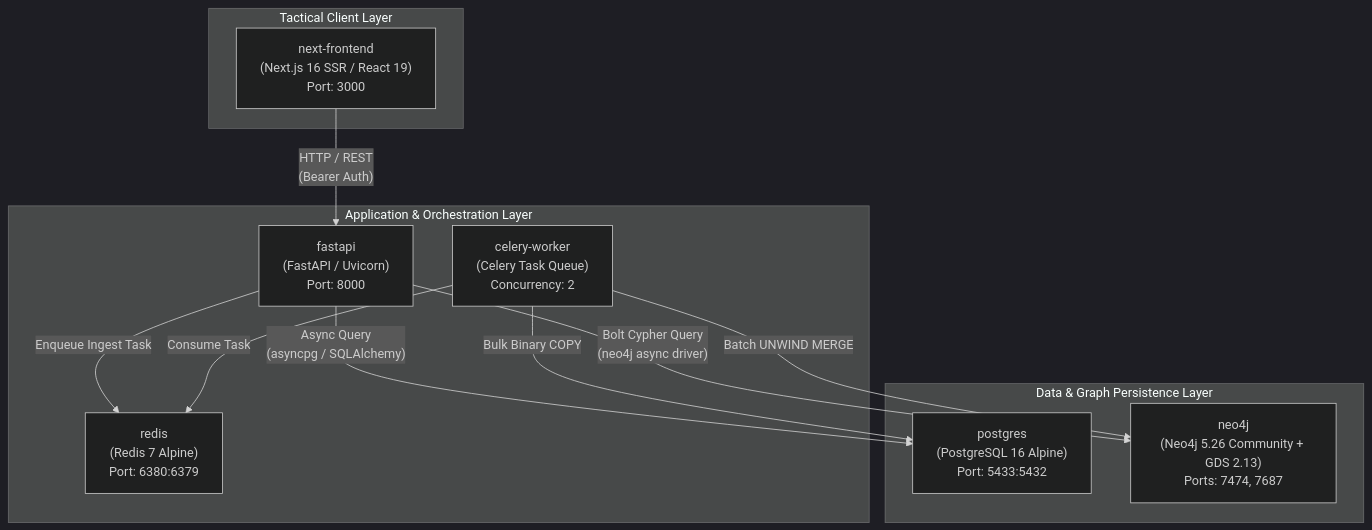
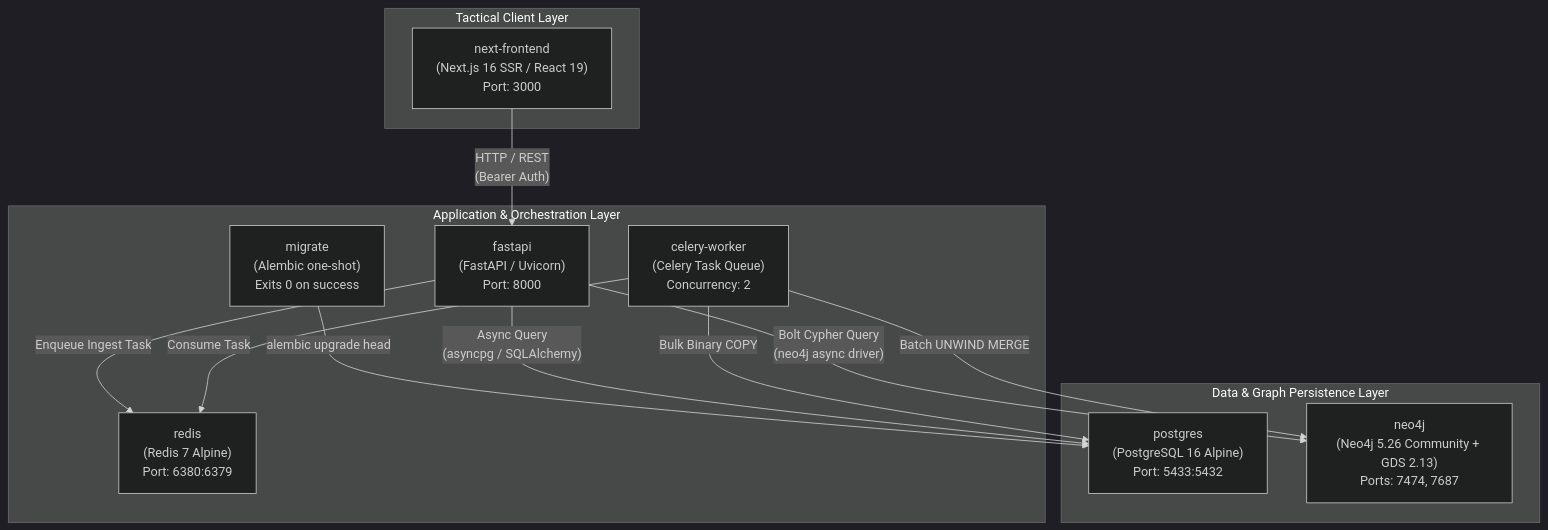
Before and after one commit to kaiizer777/SIH26146: the second of 3 diagrams in docs/26146.md, drawn with Mermaid (dark theme). The commit also changed other lines of this file and 32 other files, not shown here.

````diff
--- a/docs/26146.md
+++ b/docs/26146.md
@@ -132,25 +143,27 @@
 ```mermaid
 graph TD
     subgraph "Tactical Client Layer"
         UI["next-frontend\n(Next.js 16 SSR / React 19)\nPort: 3000"]
     end
 
     subgraph "Application & Orchestration Layer"
         API["fastapi\n(FastAPI / Uvicorn)\nPort: 8000"]
         CW["celery-worker\n(Celery Task Queue)\nConcurrency: 2"]
+        MIG["migrate\n(Alembic one-shot)\nExits 0 on success"]
         RD["redis\n(Redis 7 Alpine)\nPort: 6380:6379"]
     end
 
     subgraph "Data & Graph Persistence Layer"
         PG["postgres\n(PostgreSQL 16 Alpine)\nPort: 5433:5432"]
         N4J["neo4j\n(Neo4j 5.26 Community + GDS 2.13)\nPorts: 7474, 7687"]
     end
 
     UI -->|"HTTP / REST\n(Bearer Auth)"| API
+    MIG -->|"alembic upgrade head"| PG
     API -->|"Async Query\n(asyncpg / SQLAlchemy)"| PG
     API -->|"Bolt Cypher Query\n(neo4j async driver)"| N4J
     API -->|"Enqueue Ingest Task"| RD
     CW -->|"Consume Task"| RD
     CW -->|"Bulk Binary COPY"| PG
     CW -->|"Batch UNWIND MERGE"| N4J
 ```
````
